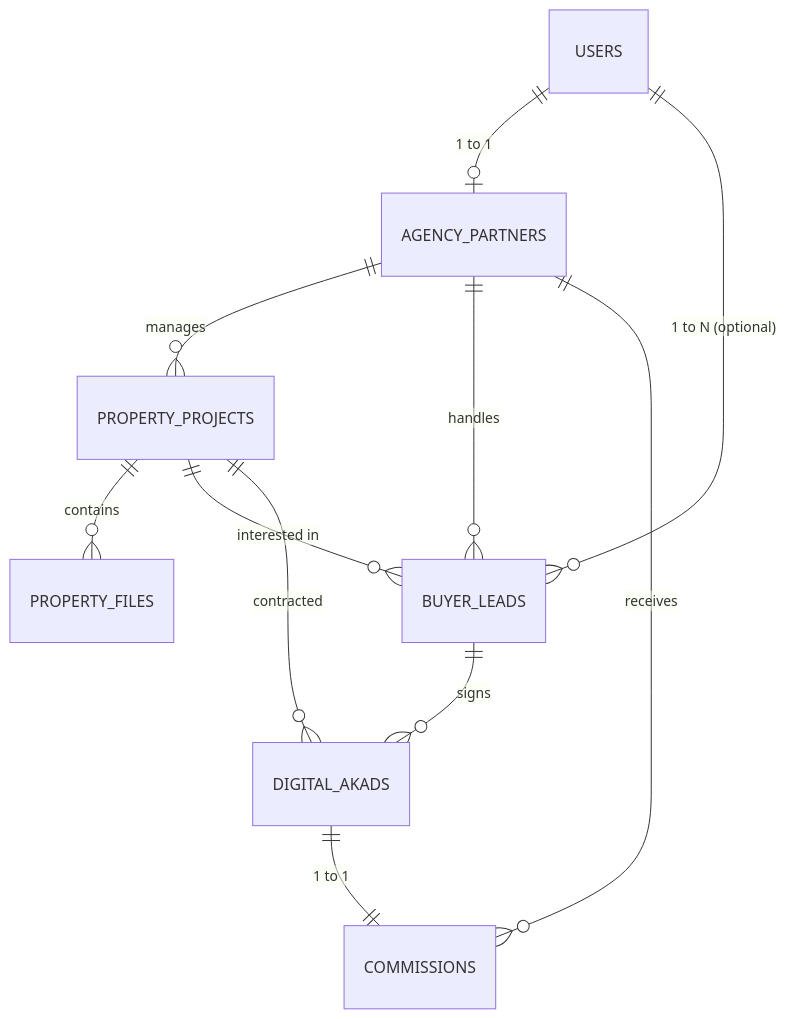
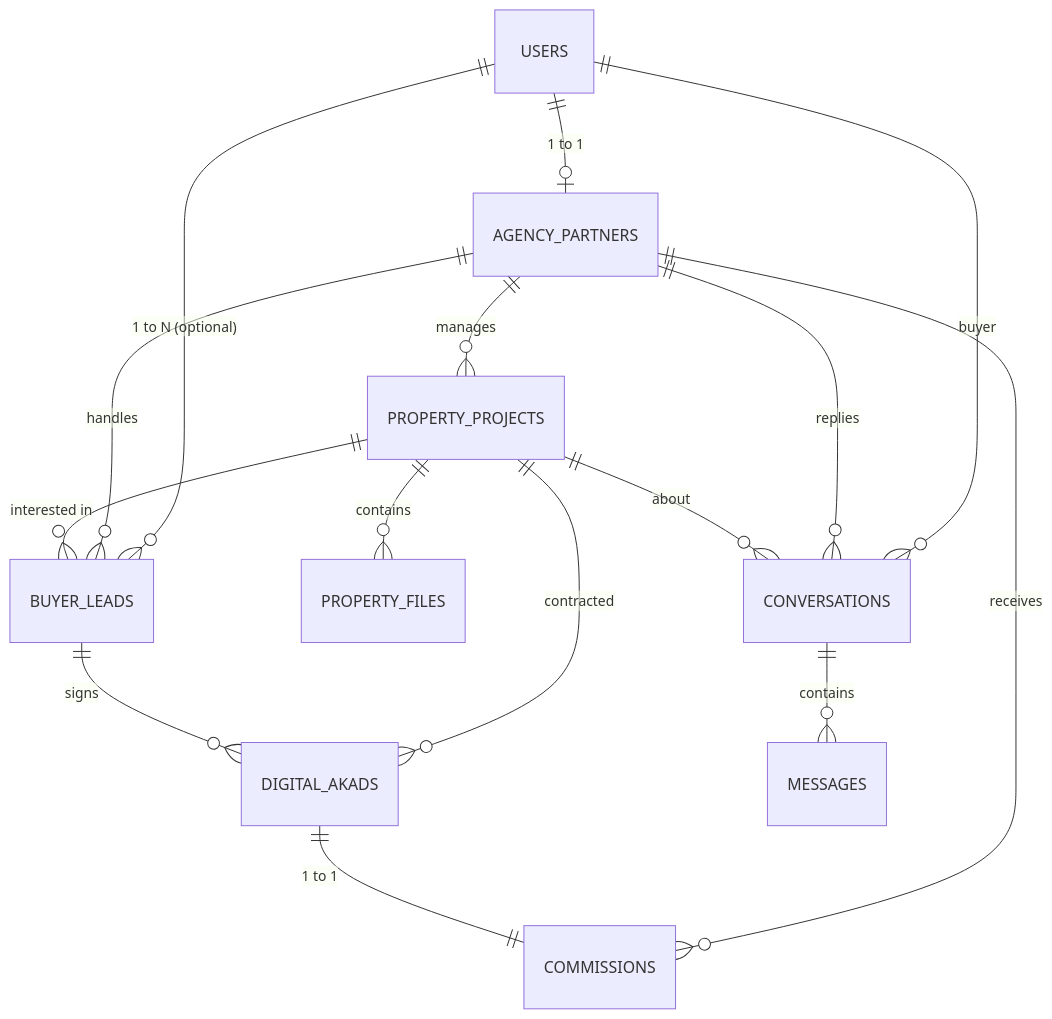
The diagram in README.md (RauzanNur/GaleryProperty), drawn with Mermaid before and after one commit. The commit also changed other lines of this file and 31 other files, not shown here.

````diff
--- a/README.md
+++ b/README.md
@@ -222,13 +223,17 @@
 ```mermaid
 erDiagram
     USERS ||--o| AGENCY_PARTNERS : "1 to 1"
     USERS ||--o{ BUYER_LEADS : "1 to N (optional)"
     AGENCY_PARTNERS ||--o{ PROPERTY_PROJECTS : "manages"
     AGENCY_PARTNERS ||--o{ BUYER_LEADS : "handles"
     AGENCY_PARTNERS ||--o{ COMMISSIONS : "receives"
     PROPERTY_PROJECTS ||--o{ PROPERTY_FILES : "contains"
     PROPERTY_PROJECTS ||--o{ BUYER_LEADS : "interested in"
     PROPERTY_PROJECTS ||--o{ DIGITAL_AKADS : "contracted"
     BUYER_LEADS ||--o{ DIGITAL_AKADS : "signs"
     DIGITAL_AKADS ||--|| COMMISSIONS : "1 to 1"
+    USERS ||--o{ CONVERSATIONS : "buyer"
+    AGENCY_PARTNERS ||--o{ CONVERSATIONS : "replies"
+    PROPERTY_PROJECTS ||--o{ CONVERSATIONS : "about"
+    CONVERSATIONS ||--o{ MESSAGES : "contains"
 ```
````
